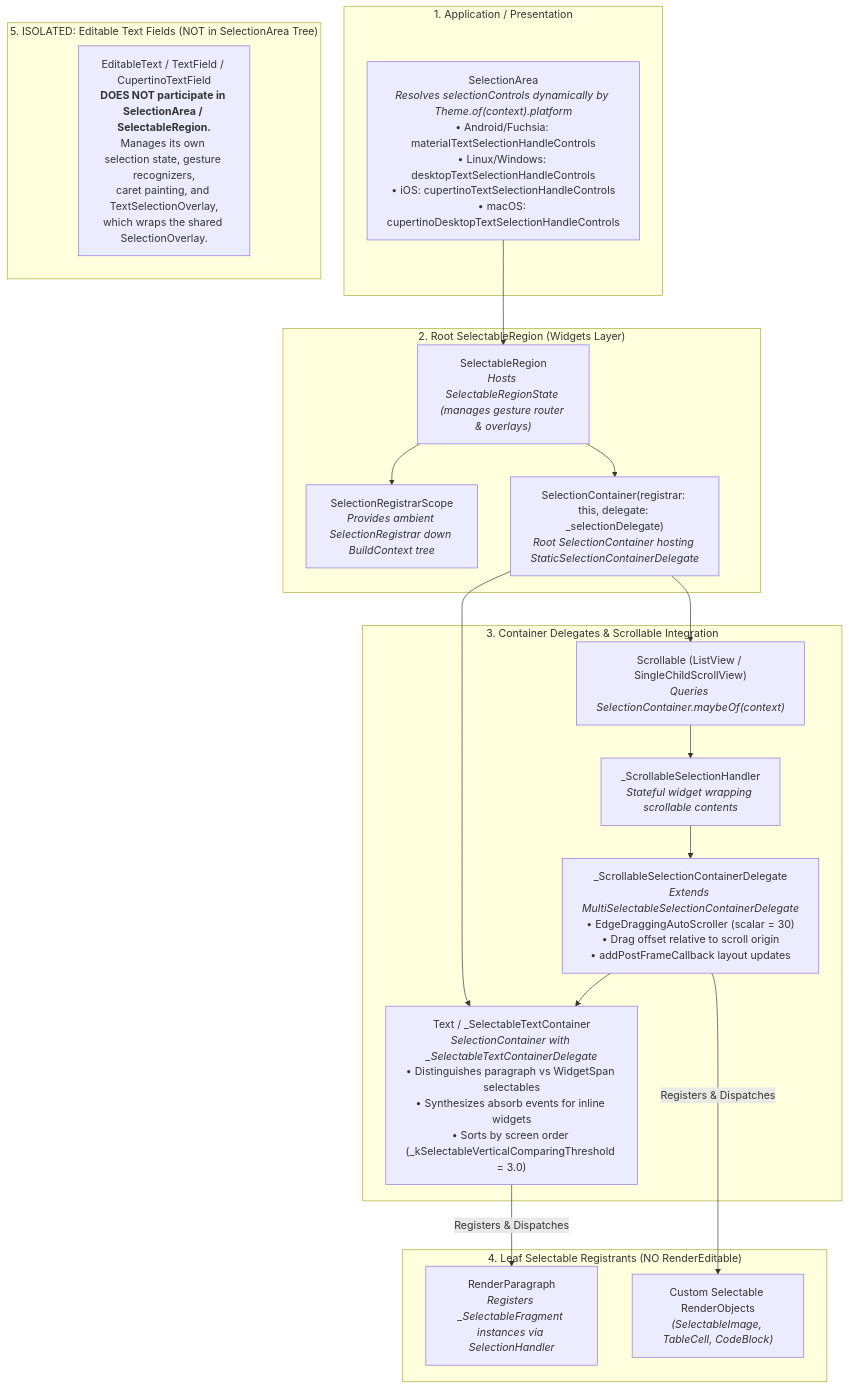
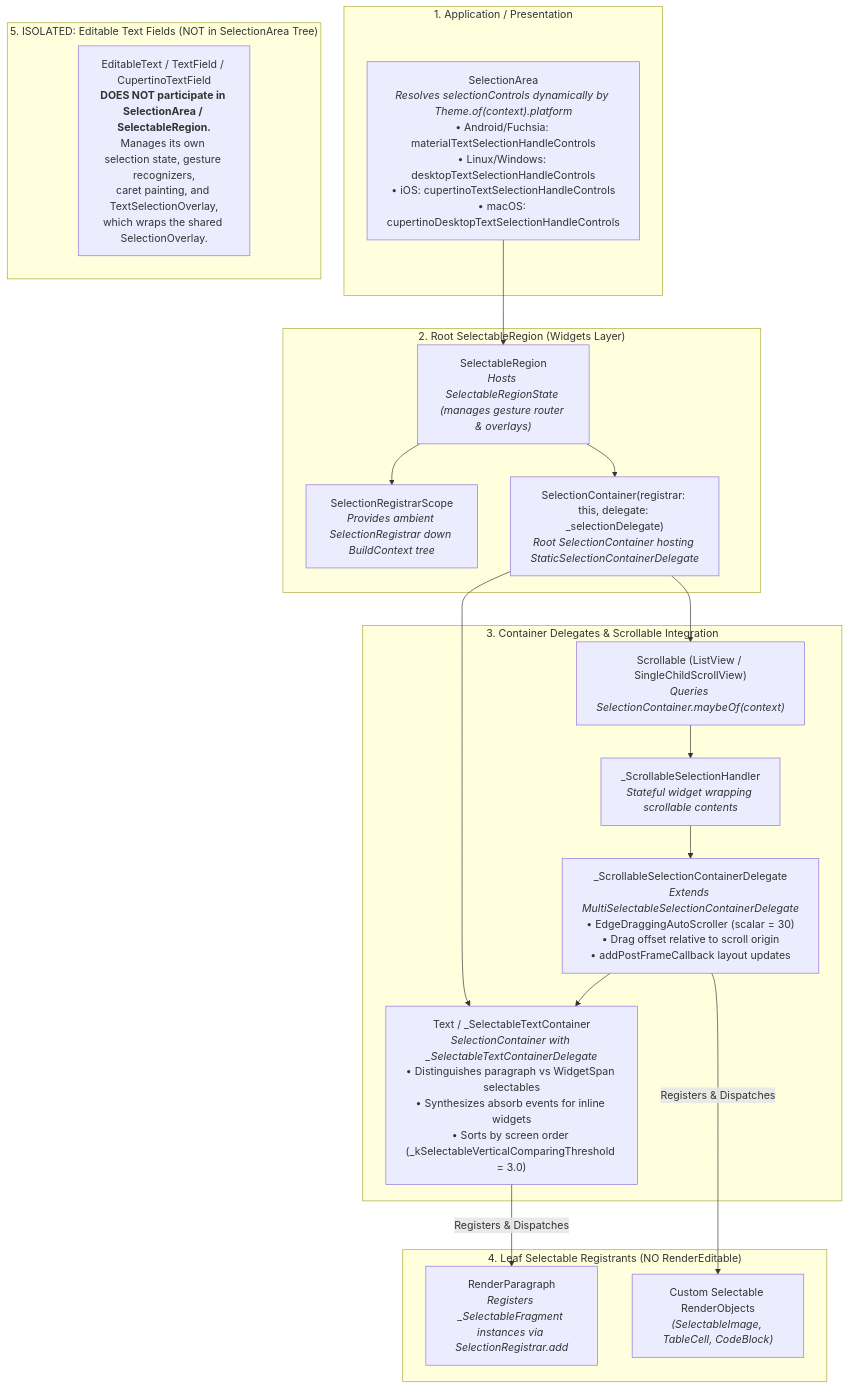
Before and after one commit to Renzo-Olivares/flutter: the second of 2 diagrams in .agents/skills/flutter-text-domain-expert/references/static_text_pipeline.md, drawn with Mermaid. The commit also changed 1 other file, not shown here.

Commit message:
more hallucinations

````diff
--- a/.agents/skills/flutter-text-domain-expert/references/static_text_pipeline.md
+++ b/.agents/skills/flutter-text-domain-expert/references/static_text_pipeline.md
@@ -624,39 +624,39 @@
 ```mermaid
 graph TD
     subgraph App_Layer ["1. Application / Presentation"]
         SA["SelectionArea<br/><i>Resolves selectionControls dynamically by Theme.of(context).platform</i><br/>• Android/Fuchsia: materialTextSelectionHandleControls<br/>• Linux/Windows: desktopTextSelectionHandleControls<br/>• iOS: cupertinoTextSelectionHandleControls<br/>• macOS: cupertinoDesktopTextSelectionHandleControls"]
     end
 
     subgraph Root_Region ["2. Root SelectableRegion (Widgets Layer)"]
         SR["SelectableRegion<br/><i>Hosts SelectableRegionState (manages gesture router & overlays)</i>"]
         SRS["SelectionRegistrarScope<br/><i>Provides ambient SelectionRegistrar down BuildContext tree</i>"]
         Root_SC["SelectionContainer(registrar: this, delegate: _selectionDelegate)<br/><i>Root SelectionContainer hosting StaticSelectionContainerDelegate</i>"]
     end
 
     subgraph Container_Delegates ["3. Container Delegates & Scrollable Integration"]
         Scroll["Scrollable (ListView / SingleChildScrollView)<br/><i>Queries SelectionContainer.maybeOf(context)</i>"]
         SSH["_ScrollableSelectionHandler<br/><i>Stateful widget wrapping scrollable contents</i>"]
         SSCD["_ScrollableSelectionContainerDelegate<br/><i>Extends MultiSelectableSelectionContainerDelegate</i><br/>• EdgeDraggingAutoScroller (scalar = 30)<br/>• Drag offset relative to scroll origin<br/>• addPostFrameCallback layout updates"]
         STCD["Text / _SelectableTextContainer<br/><i>SelectionContainer with _SelectableTextContainerDelegate</i><br/>• Distinguishes paragraph vs WidgetSpan selectables<br/>• Synthesizes absorb events for inline widgets<br/>• Sorts by screen order (_kSelectableVerticalComparingThreshold = 3.0)"]
     end
 
     subgraph Leaf_Selectables ["4. Leaf Selectable Registrants (NO RenderEditable)"]
-        RP_Leaf["RenderParagraph<br/><i>Registers _SelectableFragment instances via SelectionHandler</i>"]
+        RP_Leaf["RenderParagraph<br/><i>Registers _SelectableFragment instances via SelectionRegistrar.add</i>"]
         Custom_Leaf["Custom Selectable RenderObjects<br/><i>(SelectableImage, TableCell, CodeBlock)</i>"]
     end
 
     subgraph Isolated_Editable ["5. ISOLATED: Editable Text Fields (NOT in SelectionArea Tree)"]
         RE_Iso["EditableText / TextField / CupertinoTextField<br/><b>DOES NOT participate in SelectionArea / SelectableRegion.</b><br/>Manages its own selection state, gesture recognizers,<br/>caret painting, and TextSelectionOverlay,<br/>which wraps the shared SelectionOverlay."]
     end
 
     SA --> SR
     SR --> SRS
     SR --> Root_SC
     Root_SC --> Scroll
     Scroll --> SSH
     SSH --> SSCD
     Root_SC --> STCD
     SSCD --> STCD
     STCD -->|Registers & Dispatches| RP_Leaf
     SSCD -->|Registers & Dispatches| Custom_Leaf
 ```
````
